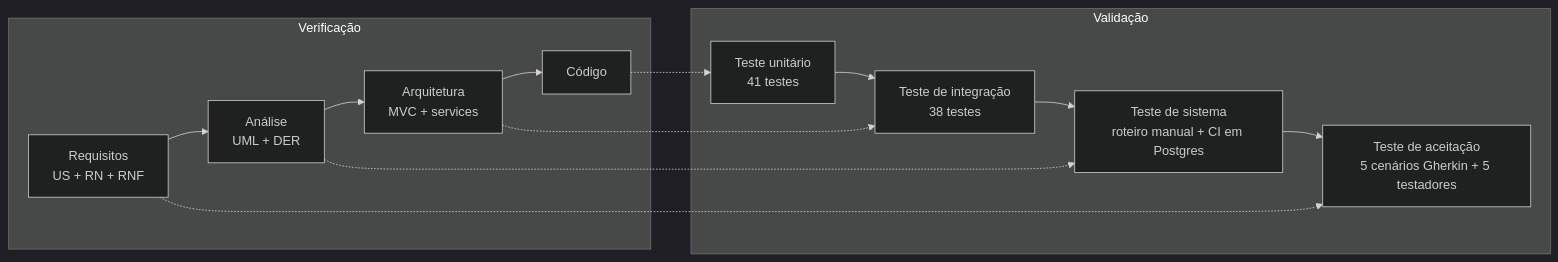
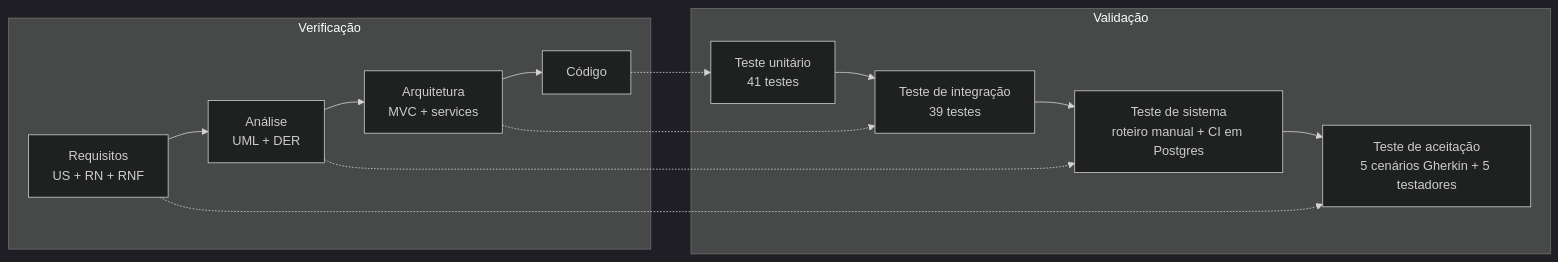
The diagram in docs/situacao-3/01-plano-e-relatorio-de-testes.md (ModestiJ/cupcake-gourmet), drawn with Mermaid (dark theme) before and after one commit. The commit also changed other lines of this file and 5 other files, not shown here.

````diff
--- a/docs/situacao-3/01-plano-e-relatorio-de-testes.md
+++ b/docs/situacao-3/01-plano-e-relatorio-de-testes.md
@@ -5,13 +5,13 @@
 ```mermaid
 flowchart LR
     subgraph Verificação
     R[Requisitos<br/>US + RN + RNF] --> A[Análise<br/>UML + DER] --> AR[Arquitetura<br/>MVC + services] --> C[Código]
     end
     subgraph Validação
-    TU[Teste unitário<br/>41 testes] --> TI[Teste de integração<br/>38 testes] --> TS[Teste de sistema<br/>roteiro manual + CI em Postgres] --> TA[Teste de aceitação<br/>5 cenários Gherkin + 5 testadores]
+    TU[Teste unitário<br/>41 testes] --> TI[Teste de integração<br/>39 testes] --> TS[Teste de sistema<br/>roteiro manual + CI em Postgres] --> TA[Teste de aceitação<br/>5 cenários Gherkin + 5 testadores]
     end
     C -.-> TU
     AR -.-> TI
     A -.-> TS
     R -.-> TA
 ```
````
